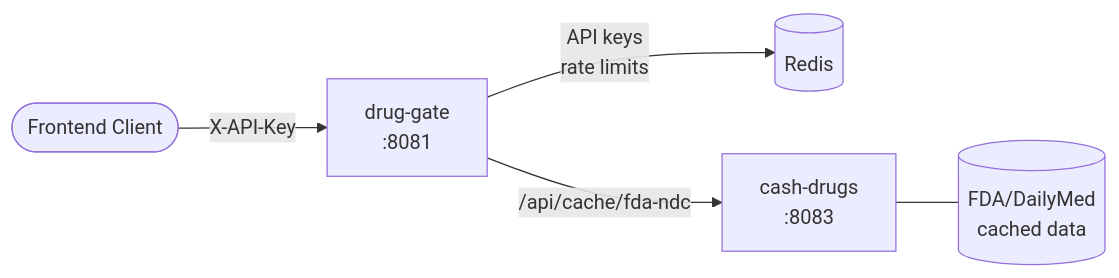
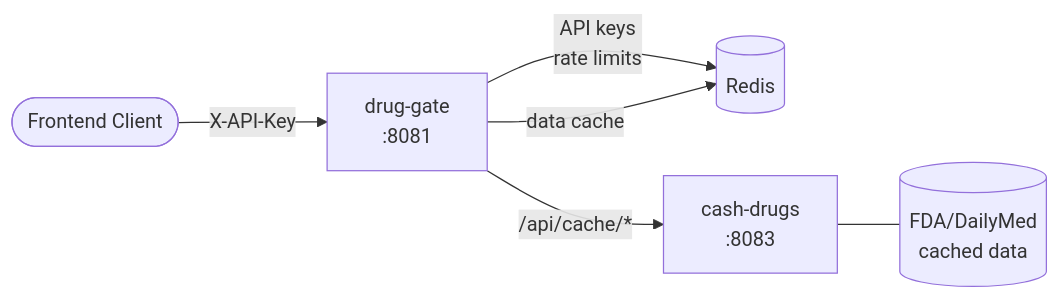
Before and after one commit to finish06/drug-gate: the first of 4 diagrams in README.md, drawn with Mermaid. The commit also changed other lines of this file and 7 other files, not shown here.

````diff
--- a/README.md
+++ b/README.md
@@ -115,13 +126,14 @@
 ```mermaid
 graph LR
     Client([Frontend Client])
     DG[drug-gate<br/>:8081]
     Redis[(Redis)]
     CD[cash-drugs<br/>:8083]
     FDA[(FDA/DailyMed<br/>cached data)]
 
     Client -->|X-API-Key| DG
     DG -->|API keys<br/>rate limits| Redis
-    DG -->|/api/cache/fda-ndc| CD
+    DG -->|data cache| Redis
+    DG -->|/api/cache/*| CD
     CD --- FDA
 ```
````
